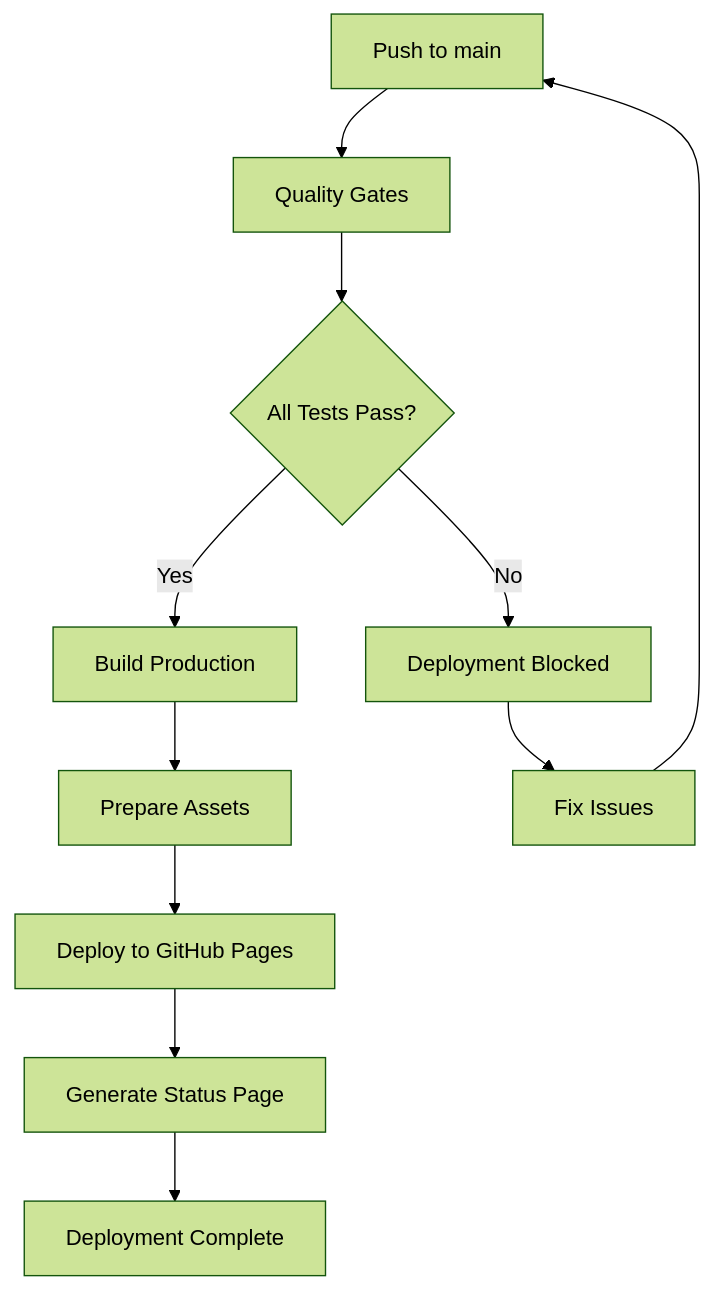
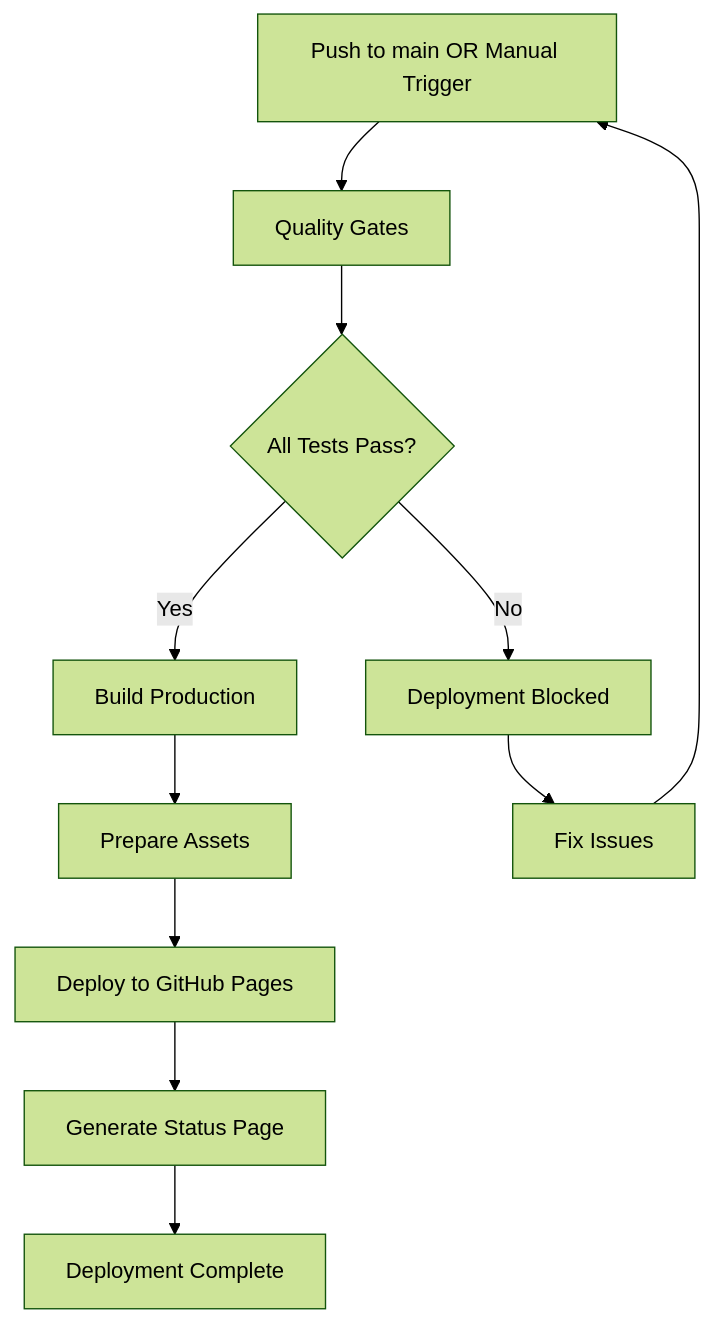
The diagram in DEPLOYMENT.md (KHET-1/md-reader-pro), drawn with Mermaid (forest theme) before and after one commit. The commit also changed other lines of this file, not shown here.

Commit message:
Update documentation to include manual deployment trigger option

````diff
--- a/DEPLOYMENT.md
+++ b/DEPLOYMENT.md
@@ -77,14 +88,14 @@
 ```mermaid
 graph TD
-    A[Push to main] --> B[Quality Gates]
+    A[Push to main OR Manual Trigger] --> B[Quality Gates]
     B --> C{All Tests Pass?}
     C -->|Yes| D[Build Production]
     C -->|No| E[Deployment Blocked]
     D --> F[Prepare Assets]
     F --> G[Deploy to GitHub Pages]
     G --> H[Generate Status Page]
     H --> I[Deployment Complete]
 
     E --> J[Fix Issues]
     J --> A
 ```
````
